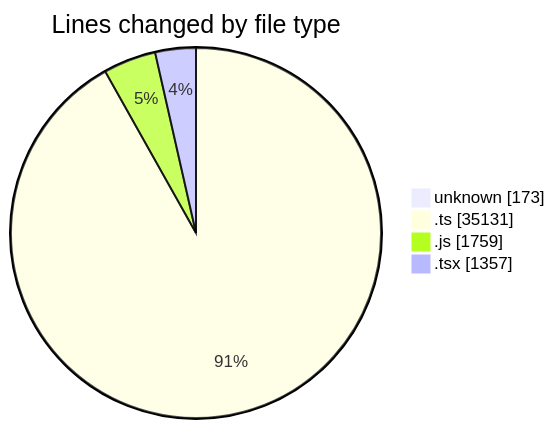
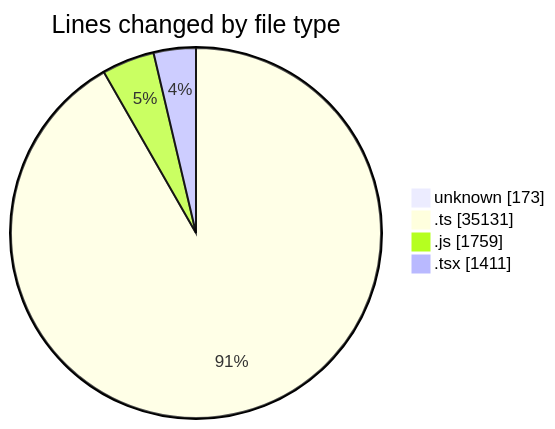
The first of 2 diagrams in 2026-08-24/cda/README.md (momahboobian/code-tracking), drawn with Mermaid before and after one commit. The commit also changed other lines of this file and 1 other file, not shown here.

````diff
--- a/2026-08-24/cda/README.md
+++ b/2026-08-24/cda/README.md
@@ -42,8 +42,8 @@
 ```mermaid
 pie showData
 title Lines changed by file type
 "unknown" : 173
 ".ts" : 35131
 ".js" : 1759
-".tsx" : 1357
+".tsx" : 1411
 ```
````
